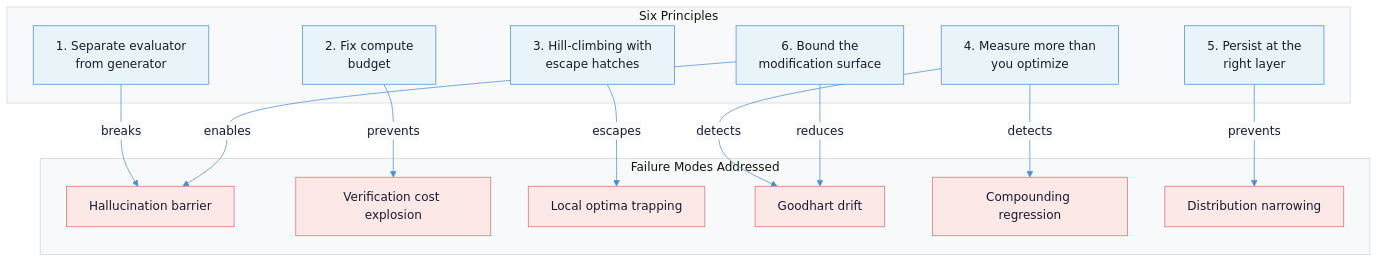
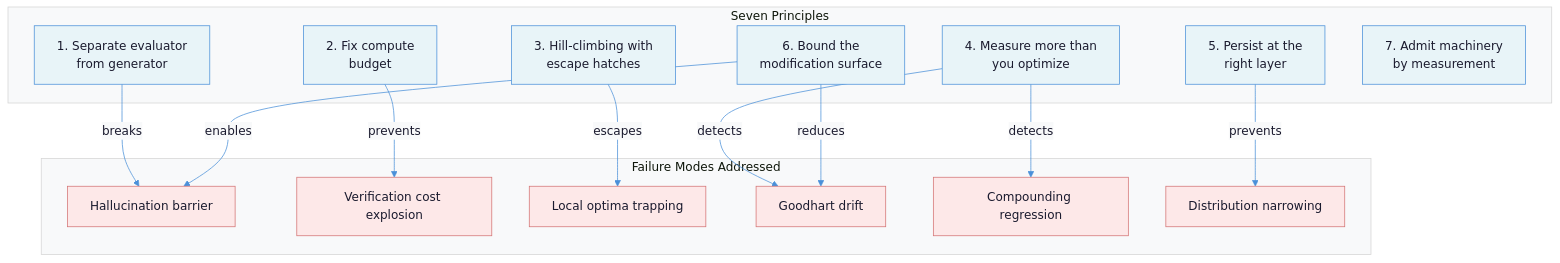
One commit to Rmohid/agentic-engineering-docs changed the fifth of 5 diagrams in docs/self-improving-systems.md. Above: the diagram before and after it, drawn with Mermaid. The commit also changed other lines of this file and 2 other files, not shown here.

````diff
--- a/docs/self-improving-systems.md
+++ b/docs/self-improving-systems.md
@@ -476,36 +513,38 @@
 ```mermaid
 %%{init: {'theme': 'base', 'themeVariables': {'primaryColor': '#e8f4f8', 'primaryTextColor': '#1a1a2e', 'primaryBorderColor': '#4a90d9', 'lineColor': '#4a90d9', 'secondaryColor': '#fef3e2', 'tertiaryColor': '#f0e8f4', 'clusterBkg': '#f8f9fa', 'edgeLabelBackground': '#f8f9fa'}}}%%
 graph TD
-    subgraph Principles["Six Principles"]
+    subgraph Principles["Seven Principles"]
         P1["1. Separate evaluator<br/>from generator"]
         P2["2. Fix compute<br/>budget"]
         P3["3. Hill-climbing with<br/>escape hatches"]
         P4["4. Measure more than<br/>you optimize"]
         P5["5. Persist at the<br/>right layer"]
         P6["6. Bound the<br/>modification surface"]
+        P7["7. Admit machinery<br/>by measurement"]
     end
 
     subgraph Counters["Failure Modes Addressed"]
         P1 -->|"breaks"| F1["Hallucination barrier"]
         P2 -->|"prevents"| F6["Verification cost explosion"]
         P3 -->|"escapes"| F5["Local optima trapping"]
         P4 -->|"detects"| F2["Goodhart drift"]
         P4 -->|"detects"| F4["Compounding regression"]
         P5 -->|"prevents"| F3["Distribution narrowing"]
         P6 -->|"reduces"| F2
         P6 -->|"enables"| F1
     end
 
     style P1 fill:#e8f4f8,stroke:#4a90d9
     style P2 fill:#e8f4f8,stroke:#4a90d9
     style P3 fill:#e8f4f8,stroke:#4a90d9
     style P4 fill:#e8f4f8,stroke:#4a90d9
     style P5 fill:#e8f4f8,stroke:#4a90d9
     style P6 fill:#e8f4f8,stroke:#4a90d9
+    style P7 fill:#e8f4f8,stroke:#4a90d9
     style F1 fill:#fde8e8,stroke:#d47474
     style F2 fill:#fde8e8,stroke:#d47474
     style F3 fill:#fde8e8,stroke:#d47474
     style F4 fill:#fde8e8,stroke:#d47474
     style F5 fill:#fde8e8,stroke:#d47474
     style F6 fill:#fde8e8,stroke:#d47474
 ```
````
